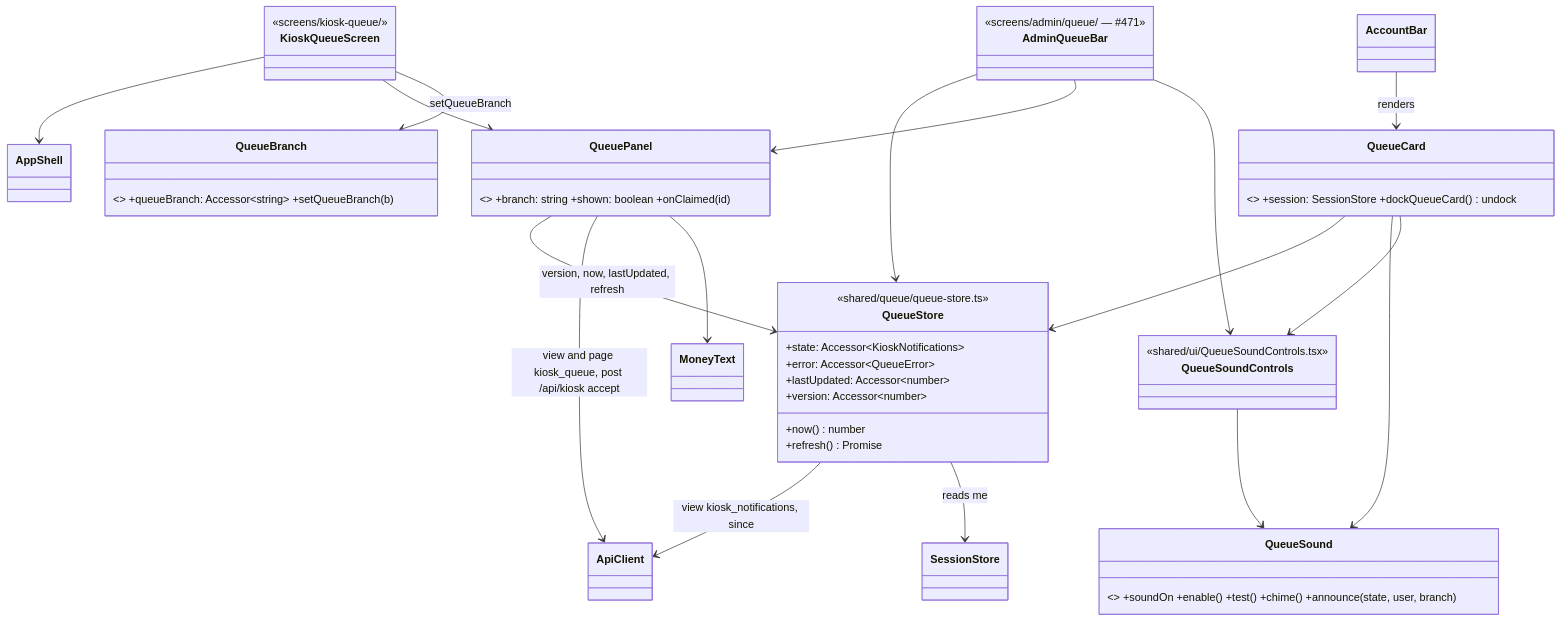
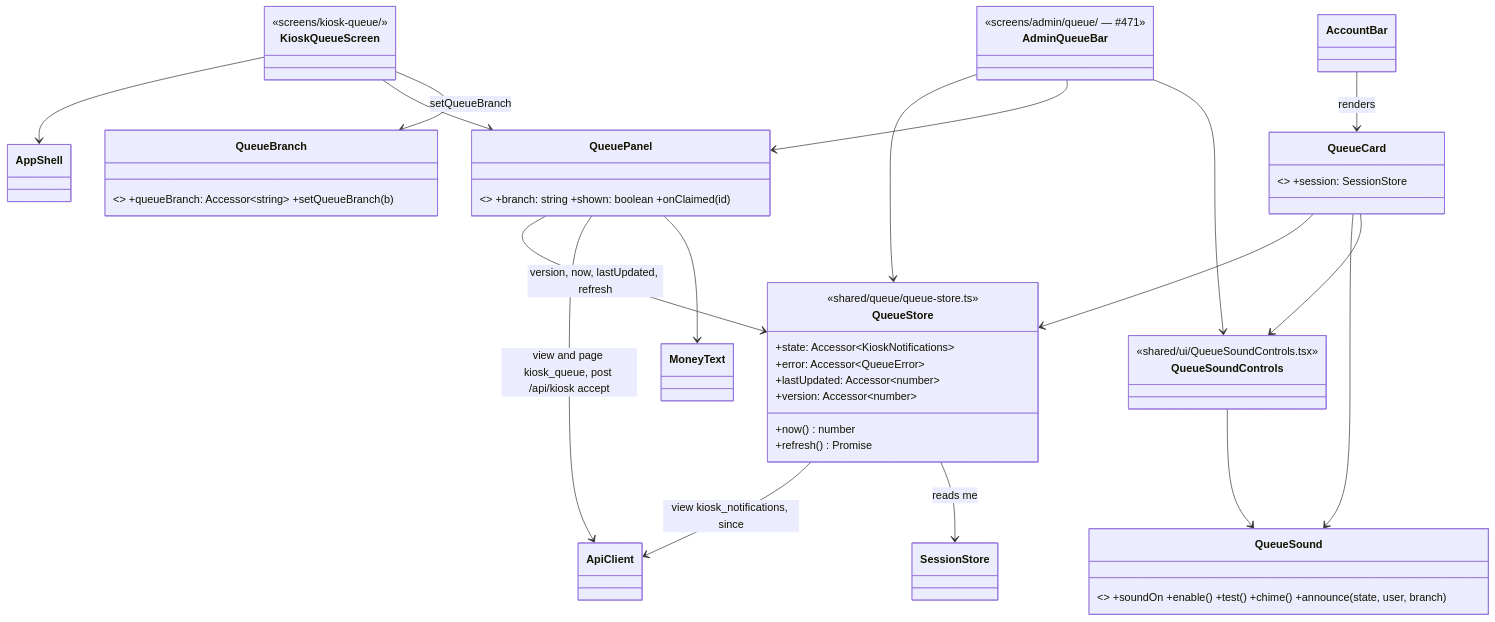
The fifth of 9 diagrams in docs/design/xchange-v3-web.md (yuthstyle88/xchange-dev), drawn with Mermaid before and after one commit. The commit also changed other lines of this file and 3 other files, not shown here.

First line of the commit message:
refactor(web): remove dockQueueCard export, docked state and design lines (#833) (#860)

````diff
--- a/docs/design/xchange-v3-web.md
+++ b/docs/design/xchange-v3-web.md
@@ -1285,36 +1282,36 @@
 ```mermaid
 classDiagram
   class QueueStore {
     <<shared/queue/queue-store.ts>>
     +state: Accessor~KioskNotifications~
     +error: Accessor~QueueError~
     +lastUpdated: Accessor~number~
     +version: Accessor~number~
     +now() number
     +refresh() Promise
   }
   class QueueBranch { <<queue-store.ts>> +queueBranch: Accessor~string~ +setQueueBranch(b) }
   class QueuePanel { <<shared/ui/QueuePanel.tsx>> +branch: string +shown: boolean +onClaimed(id) }
   class KioskQueueScreen { <<screens/kiosk-queue/>> }
-  class QueueCard { <<shared/ui/QueueCard.tsx>> +session: SessionStore +dockQueueCard() undock }
+  class QueueCard { <<shared/ui/QueueCard.tsx>> +session: SessionStore }
   class QueueSound { <<shared/queue/queue-sound.ts>> +soundOn +enable() +test() +chime() +announce(state, user, branch) }
   class QueueSoundControls { <<shared/ui/QueueSoundControls.tsx>> }
   class AccountBar
   class AdminQueueBar { <<screens/admin/queue/ — #471>> }
   QueueStore --> ApiClient : view kiosk_notifications, since
   QueueStore --> SessionStore : reads me
   QueuePanel --> QueueStore : version, now, lastUpdated, refresh
   QueuePanel --> ApiClient : view and page kiosk_queue, post /api/kiosk accept
   QueuePanel --> MoneyText
   KioskQueueScreen --> AppShell
   KioskQueueScreen --> QueuePanel
   KioskQueueScreen --> QueueBranch : setQueueBranch
   AccountBar --> QueueCard : renders
   QueueCard --> QueueStore
   QueueCard --> QueueSound
   QueueCard --> QueueSoundControls
   QueueSoundControls --> QueueSound
   AdminQueueBar --> QueueStore
   AdminQueueBar --> QueuePanel
   AdminQueueBar --> QueueSoundControls
 ```
````
